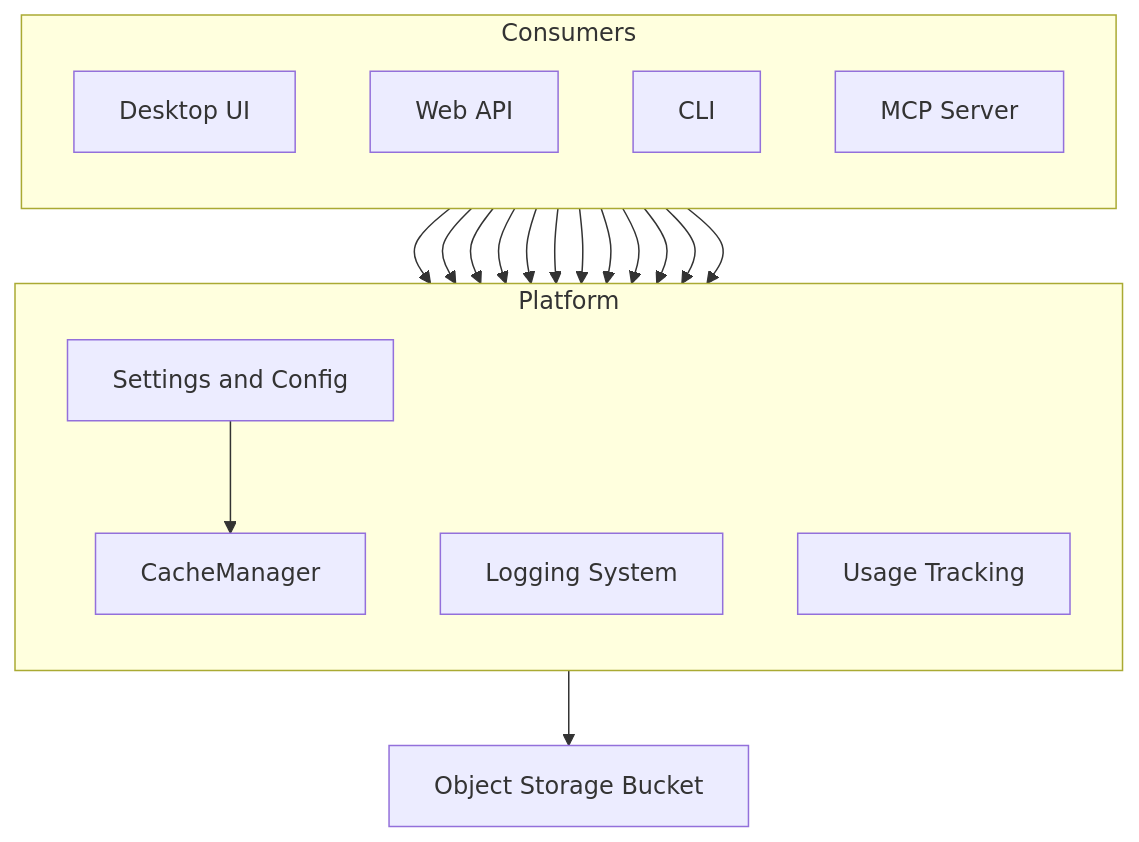
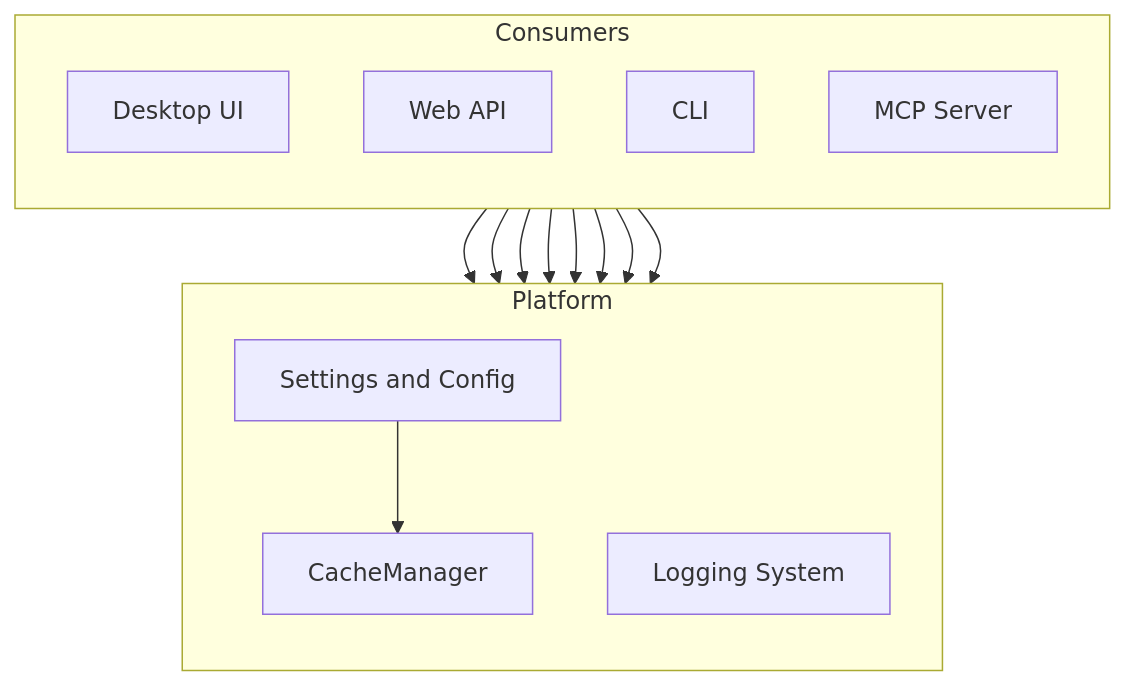
Before and after one commit to agregory999/oci-policy-analysis: the fourth of 4 diagrams in docs/source/architecture.md, drawn with Mermaid. The commit also changed other lines of this file and 121 other files, not shown here.

````diff
--- a/docs/source/architecture.md
+++ b/docs/source/architecture.md
@@ -261,38 +258,31 @@
 ```mermaid
 flowchart TB
     subgraph Consumers
         direction TB
         UI["Desktop UI"]
         WEB["Web API"]
         CLI["CLI"]
         MCP["MCP Server"]
     end
 
     subgraph Platform
         direction TB
         CFG["Settings and Config"]
         LOG["Logging System"]
-        TRACK["Usage Tracking"]
         CACHE["CacheManager"]
     end
 
-    OBJ["Object Storage Bucket"]
 
     UI --> CFG
     WEB --> CFG
     CLI --> CFG
     MCP --> CFG
 
     UI --> LOG
     WEB --> LOG
     CLI --> LOG
     MCP --> LOG
 
-    UI --> TRACK
-    WEB --> TRACK
-    CLI --> TRACK
-    MCP --> TRACK
 
     CFG --> CACHE
-    TRACK --> OBJ
 ```
````
